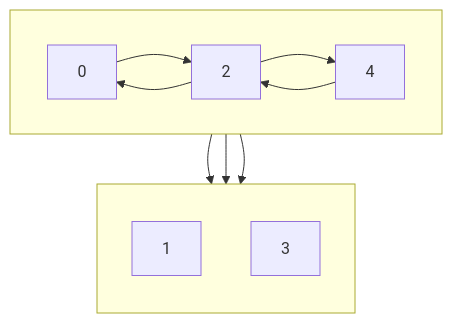
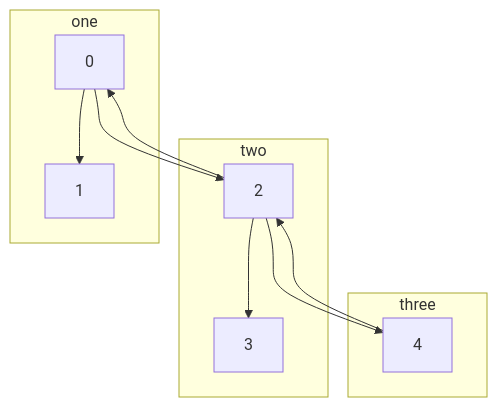
The second of 2 diagrams in README.md (alkasher/Fibonacci_Heap), drawn with Mermaid before and after one commit.

````diff
--- a/README.md
+++ b/README.md
@@ -43,18 +43,17 @@
 ```mermaid
-flowchart TD
-
-subgraph Z[" "]
-direction LR
-  0 --> 2
-2-->0
-2-->4
-4-->2
-end
-
-subgraph ZA[" "]
-direction TD
+flowchart TB
+    0-->2
+    2-->0
+    2-->4
+    4-->2
+    subgraph one
     0-->1
+    end
+    subgraph two
     2-->3
-end
-Z --> ZA
+    end
+    subgraph three
+    4
+    end
+    
 ```
````
